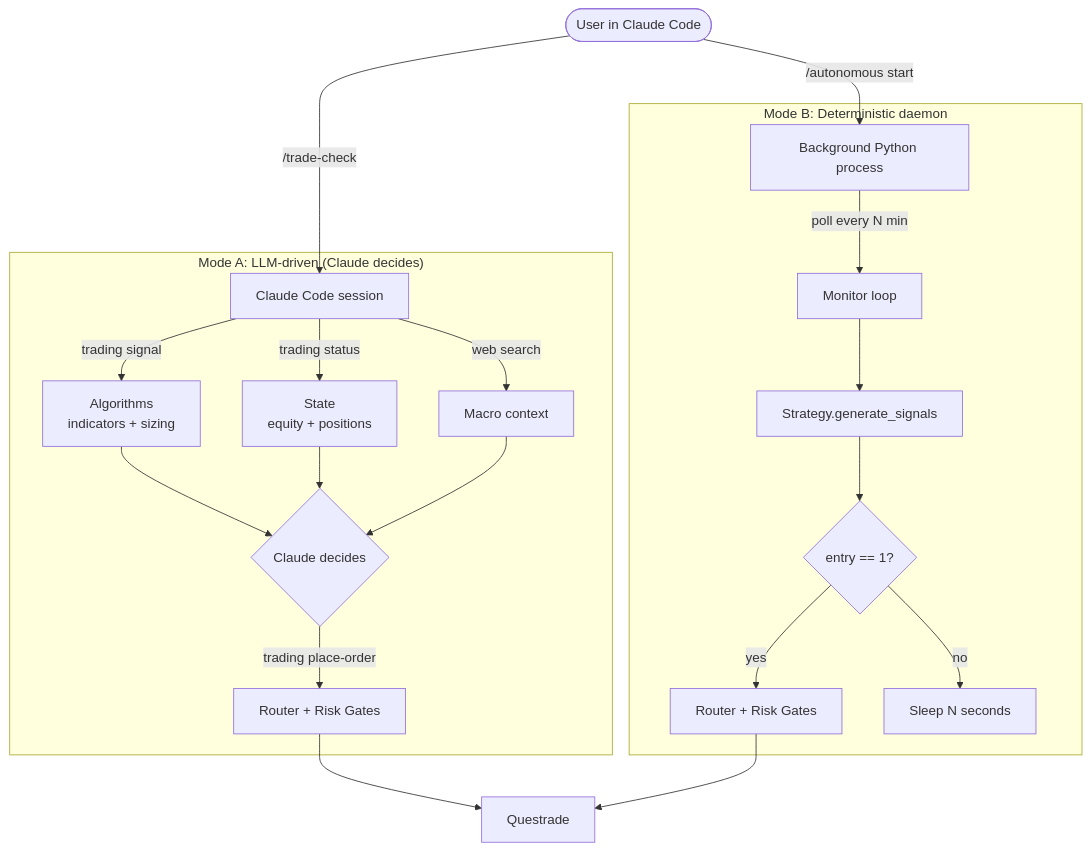
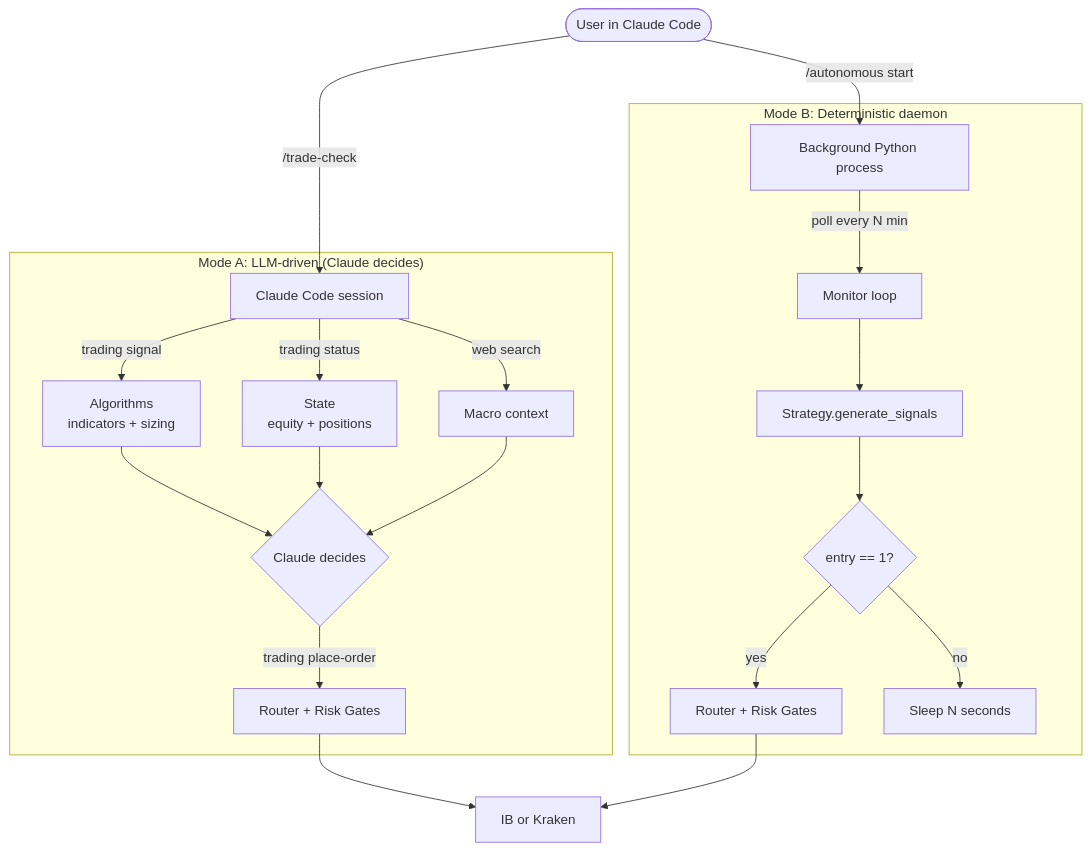
The first of 4 diagrams in README.md (akshan-bansal/FRM-Claude-tradecard), drawn with Mermaid before and after one commit. The commit also changed other lines of this file and 42 other files, not shown here.

First line of the commit message:
Delete the Questrade broker and move the docs, skills and templates to IB and Kraken

````diff
--- a/README.md
+++ b/README.md
@@ -20,26 +20,26 @@
 ```mermaid
 flowchart TB
     User([User in Claude Code]) -->|/trade-check| LLM
     User -->|/autonomous start| Daemon
 
     subgraph ModeA["Mode A: LLM-driven (Claude decides)"]
         LLM[Claude Code session] -->|trading signal| Helpers1[Algorithms<br/>indicators + sizing]
         LLM -->|trading status| State1[State<br/>equity + positions]
         LLM -->|web search| Macro[Macro context]
         Helpers1 --> Decide{Claude decides}
         State1 --> Decide
         Macro --> Decide
         Decide -->|trading place-order| Router1[Router + Risk Gates]
     end
 
     subgraph ModeB["Mode B: Deterministic daemon"]
         Daemon[Background Python process] -->|poll every N min| Loop[Monitor loop]
         Loop --> Algo[Strategy.generate_signals]
         Algo --> Cmp{entry == 1?}
         Cmp -->|yes| Router2[Router + Risk Gates]
         Cmp -->|no| Sleep[Sleep N seconds]
     end
 
-    Router1 --> Broker[Questrade]
+    Router1 --> Broker[IB or Kraken]
     Router2 --> Broker
 ```
````
